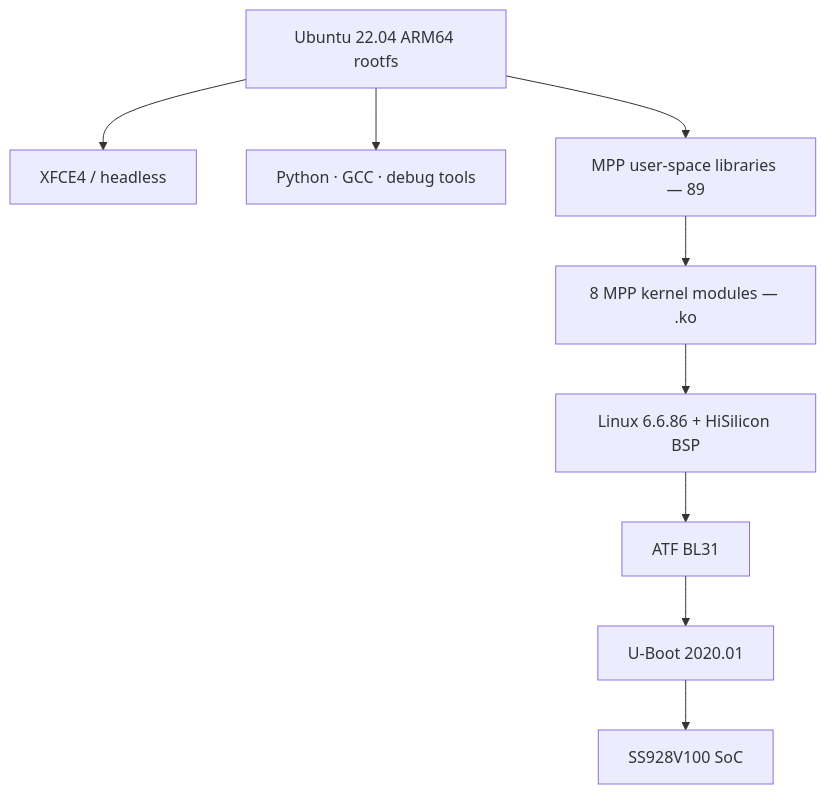
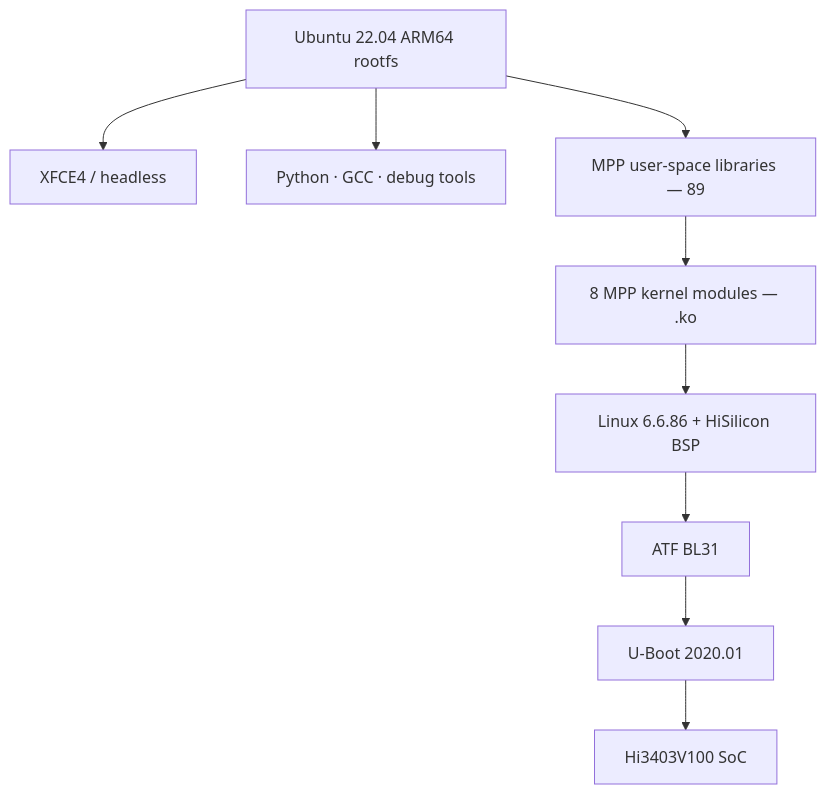
One commit to GitBubble/hi3403-docs changed the diagram in docs/os/ubuntu/index.en.md. Above: the diagram before and after it, drawn with Mermaid. The commit also changed other lines of this file and 234 other files, not shown here.

````diff
--- a/docs/os/ubuntu/index.en.md
+++ b/docs/os/ubuntu/index.en.md
@@ -30,11 +30,11 @@
 ```mermaid
 flowchart TB
     A[Ubuntu 22.04 ARM64 rootfs] --> B[XFCE4 / headless]
     A --> C[Python · GCC · debug tools]
     A --> D[MPP user-space libraries — 89]
     D --> E[8 MPP kernel modules — .ko]
     E --> F[Linux 6.6.86 + HiSilicon BSP]
     F --> G[ATF BL31]
     G --> H[U-Boot 2020.01]
-    H --> I[SS928V100 SoC]
+    H --> I[Hi3403V100 SoC]
 ```
````
